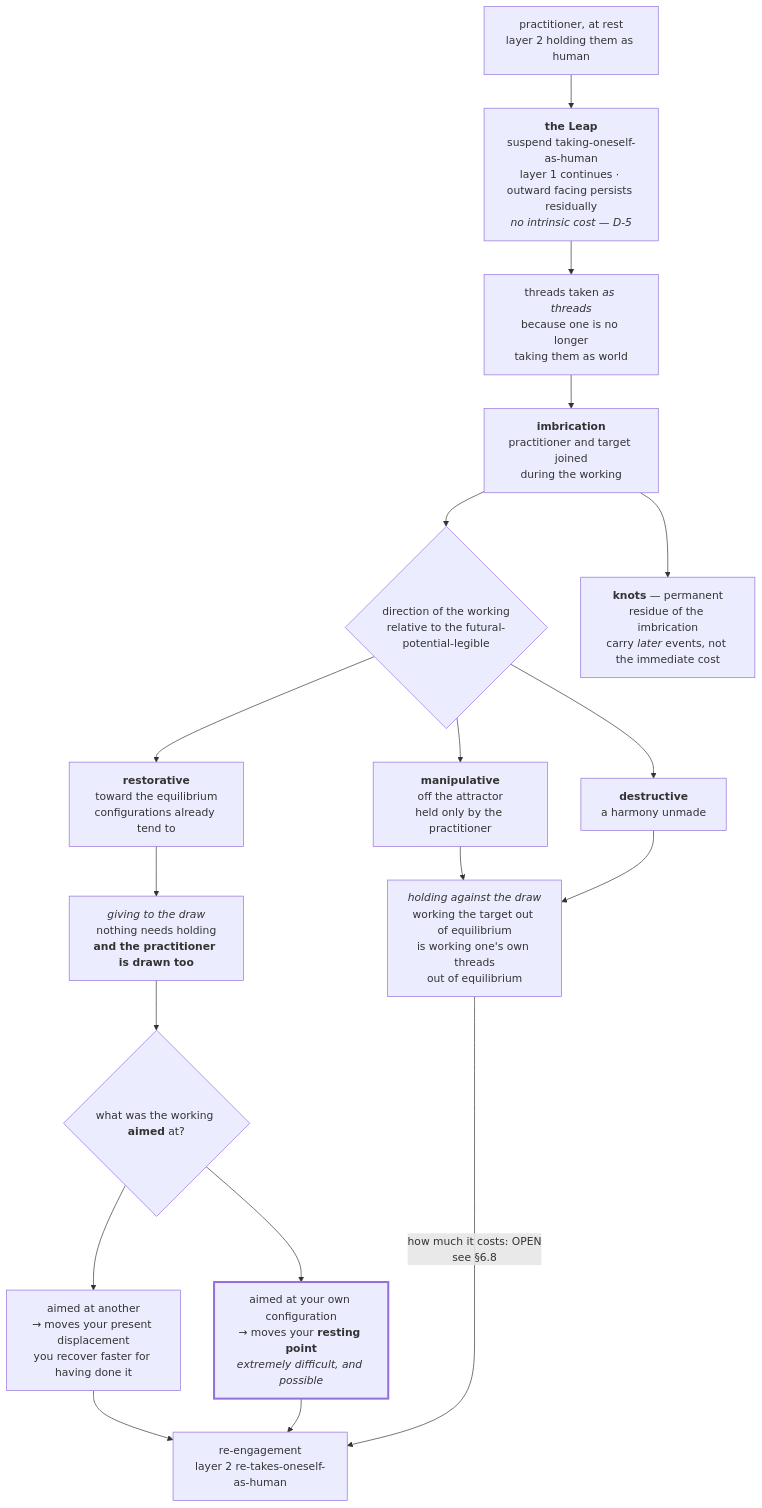
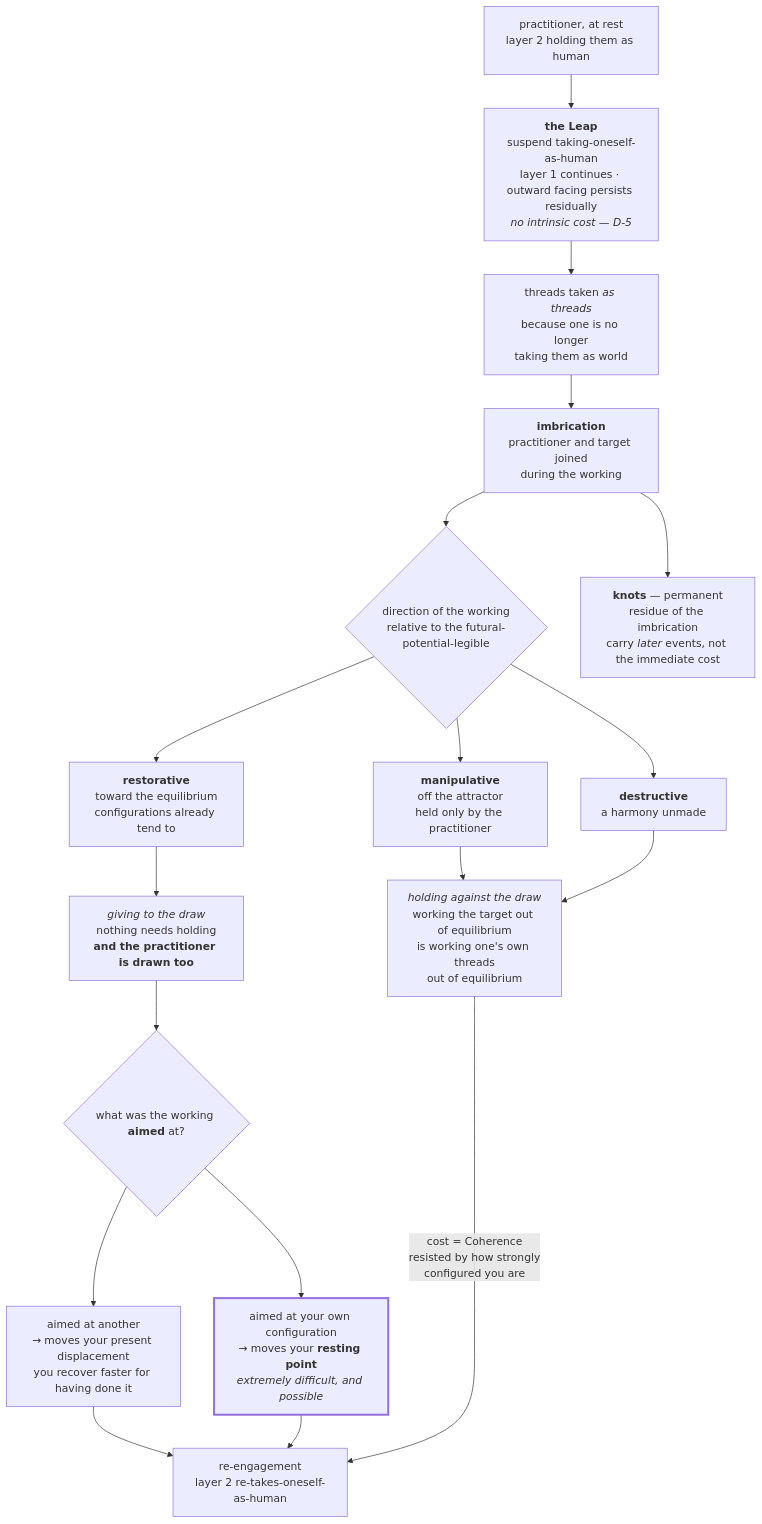
Before and after one commit to jordanelias/ttrpg: the third of 8 diagrams in canon/philosophy/DIAGRAM.md, drawn with Mermaid. The commit also changed other lines of this file and 5 other files, not shown here.

````diff
--- a/canon/philosophy/DIAGRAM.md
+++ b/canon/philosophy/DIAGRAM.md
@@ -79,32 +79,32 @@
 ```mermaid
 flowchart TD
     A["practitioner, at rest<br/>layer 2 holding them as human"]
     B["<b>the Leap</b><br/>suspend taking-oneself-as-human<br/>layer 1 continues · outward facing persists residually<br/><i>no intrinsic cost — D-5</i>"]
     C["threads taken <i>as threads</i><br/>because one is no longer<br/>taking them as world"]
     D["<b>imbrication</b><br/>practitioner and target joined<br/>during the working"]
     E{"direction of the working<br/>relative to the futural-potential-legible"}
     F["<b>restorative</b><br/>toward the equilibrium<br/>configurations already tend to"]
     G["<b>manipulative</b><br/>off the attractor<br/>held only by the practitioner"]
     H["<b>destructive</b><br/>a harmony unmade"]
     I["<i>giving to the draw</i><br/>nothing needs holding<br/><b>and the practitioner is drawn too</b>"]
     J["<i>holding against the draw</i><br/>working the target out of equilibrium<br/>is working one's own threads<br/>out of equilibrium"]
     M{"what was the working <b>aimed</b> at?"}
     N["aimed at another<br/>→ moves your present displacement<br/>you recover faster for having done it"]
     O["aimed at your own configuration<br/>→ moves your <b>resting point</b><br/><i>extremely difficult, and possible</i>"]
     K["<b>knots</b> — permanent<br/>residue of the imbrication<br/>carry <i>later</i> events, not the immediate cost"]
     L["re-engagement<br/>layer 2 re-takes-oneself-as-human"]
 
     A --> B --> C --> D --> E
     E --> F --> I
     E --> G --> J
     E --> H --> J
     I --> M
     M --> N
     M --> O
     N --> L
     O --> L
-    J -->|"how much it costs: OPEN<br/>see §6.8"| L
+    J -->|"cost = Coherence<br/>resisted by how strongly<br/>configured you are"| L
     D --> K
 
     style O stroke-width:3px
 ```
````
